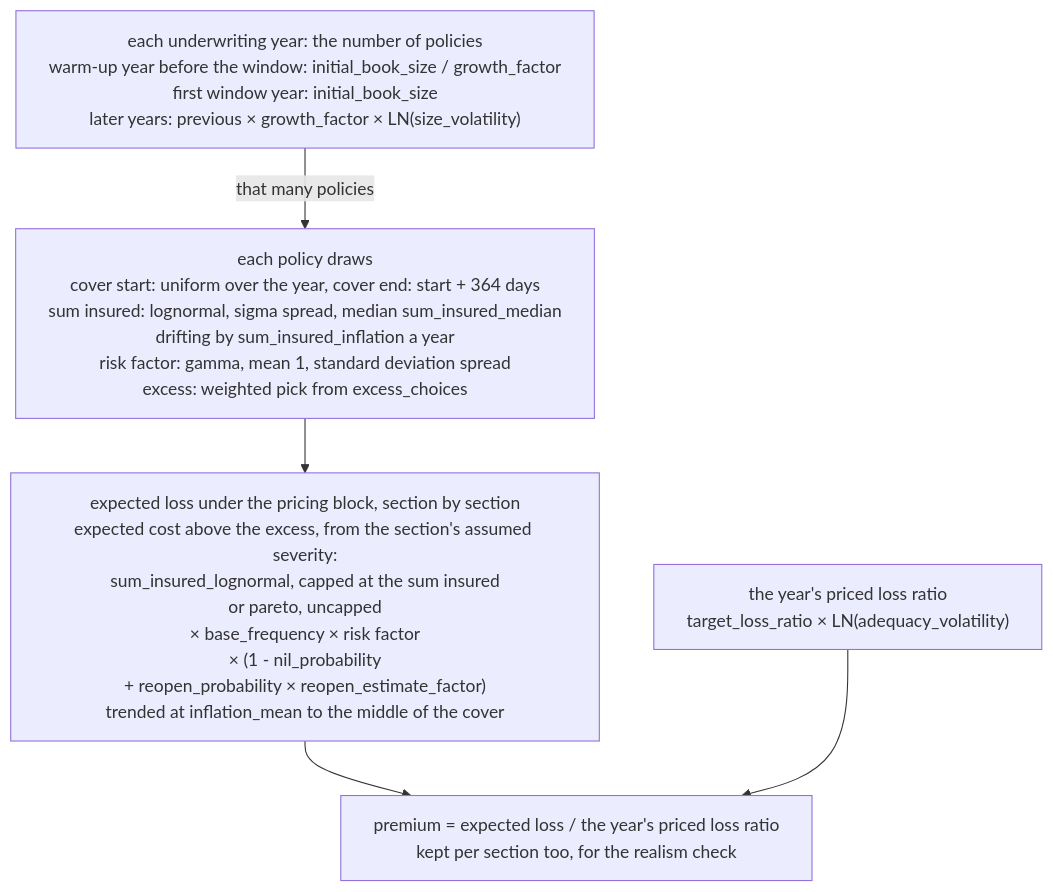
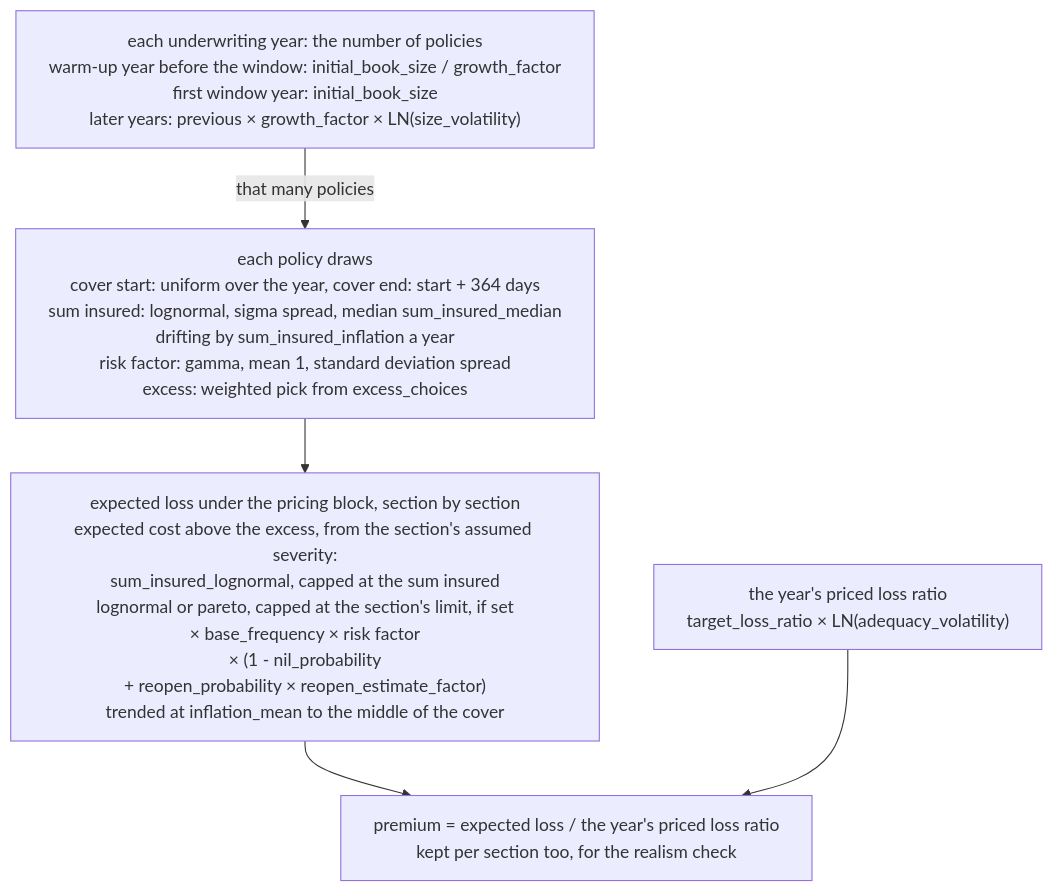
The third of 10 diagrams in README.md (le-marais/claims-data-generator), drawn with Mermaid before and after one commit. The commit also changed other lines of this file and 36 other files, not shown here.

````diff
--- a/README.md
+++ b/README.md
@@ -124,11 +124,11 @@
 ```mermaid
 %%{init: {"flowchart": {"wrappingWidth": 480}}}%%
 flowchart TD
     size["each underwriting year: the number of policies<br/>warm-up year before the window: initial_book_size / growth_factor<br/>first window year: initial_book_size<br/>later years: previous × growth_factor × LN(size_volatility)"]
     priced["the year's priced loss ratio<br/>target_loss_ratio × LN(adequacy_volatility)"]
     draws["each policy draws<br/>cover start: uniform over the year, cover end: start + 364 days<br/>sum insured: lognormal, sigma spread, median sum_insured_median<br/>drifting by sum_insured_inflation a year<br/>risk factor: gamma, mean 1, standard deviation spread<br/>excess: weighted pick from excess_choices"]
-    expected["expected loss under the pricing block, section by section<br/>expected cost above the excess, from the section's assumed severity:<br/>sum_insured_lognormal, capped at the sum insured<br/>or pareto, uncapped<br/>× base_frequency × risk factor<br/>× (1 - nil_probability<br/>+ reopen_probability × reopen_estimate_factor)<br/>trended at inflation_mean to the middle of the cover"]
+    expected["expected loss under the pricing block, section by section<br/>expected cost above the excess, from the section's assumed severity:<br/>sum_insured_lognormal, capped at the sum insured<br/>lognormal or pareto, capped at the section's limit, if set<br/>× base_frequency × risk factor<br/>× (1 - nil_probability<br/>+ reopen_probability × reopen_estimate_factor)<br/>trended at inflation_mean to the middle of the cover"]
     premium["premium = expected loss / the year's priced loss ratio<br/>kept per section too, for the realism check"]
     size -- "that many policies" --> draws --> expected --> premium
     priced --> premium
 ```
````
